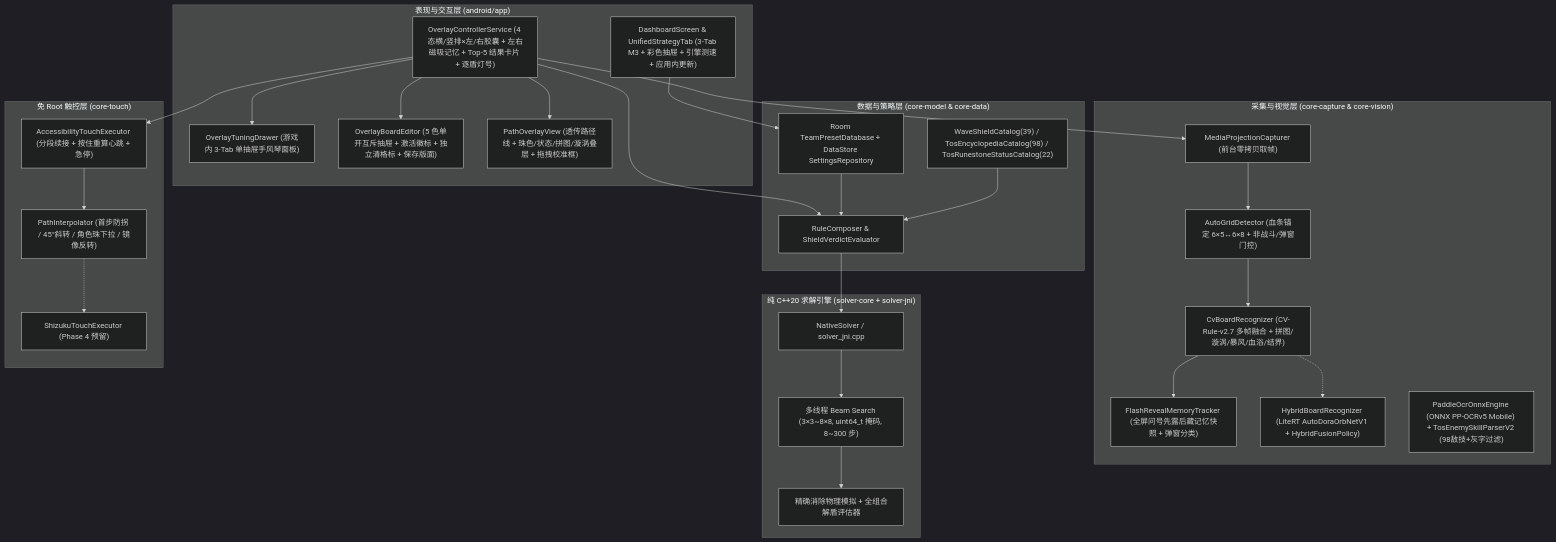
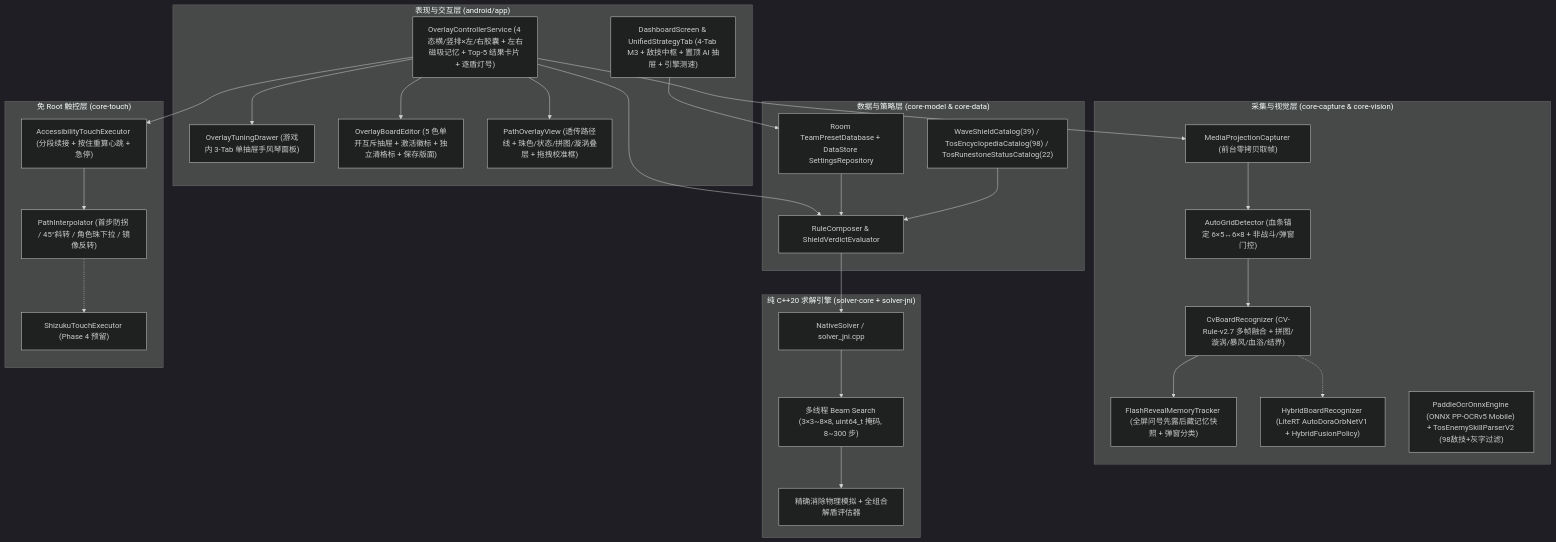
One commit to CloverKing/AutoDora-NEXT changed the third of 3 diagrams in docs/ARCHITECTURE.md. Above: the diagram before and after it, drawn with Mermaid (dark theme). The commit also changed other lines of this file and 12 other files, not shown here.

````diff
--- a/docs/ARCHITECTURE.md
+++ b/docs/ARCHITECTURE.md
@@ -172,56 +172,56 @@
 ```mermaid
 flowchart TD
     subgraph UI["表现与交互层 (android/app)"]
-        MainApp["DashboardScreen & UnifiedStrategyTab (3-Tab M3 + 彩色抽屉 + 引擎测速 + 应用内更新)"]
+        MainApp["DashboardScreen & UnifiedStrategyTab (4-Tab M3 + 敌技中枢 + 置顶 AI 抽屉 + 引擎测速)"]
         OverlayMgr["OverlayControllerService (4 态横/竖排×左/右胶囊 + 左右磁吸记忆 + Top-5 结果卡片 + 逐盾灯号)"]
         TuningDrawer["OverlayTuningDrawer (游戏内 3-Tab 单抽屉手风琴面板)"]
         BoardEdit["OverlayBoardEditor (5 色单开互斥抽屉 + 激活徽标 + 独立清格标 + 保存版面)"]
         PathView["PathOverlayView (透传路径线 + 珠色/状态/拼图/漩涡叠层 + 拖拽校准框)"]
     end
 
     subgraph Data["数据与策略层 (core-model & core-data)"]
         Composer["RuleComposer & ShieldVerdictEvaluator"]
         Catalogs["WaveShieldCatalog(39) / TosEncyclopediaCatalog(98) / TosRunestoneStatusCatalog(22)"]
         Store["Room TeamPresetDatabase + DataStore SettingsRepository"]
     end
 
     subgraph CaptureVision["采集与视觉层 (core-capture & core-vision)"]
         MediaProj["MediaProjectionCapturer (前台零拷贝取帧)"]
         GridDetect["AutoGridDetector (血条锚定 6×5↔6×8 + 非战斗/弹窗门控)"]
         CvRecog["CvBoardRecognizer (CV-Rule-v2.7 多帧融合 + 拼图/漩涡/暴风/血浴/结界)"]
         FlashMem["FlashRevealMemoryTracker (全屏问号先露后藏记忆快照 + 弹窗分类)"]
         Hybrid["HybridBoardRecognizer (LiteRT AutoDoraOrbNetV1 + HybridFusionPolicy)"]
         OcrEngine["PaddleOcrOnnxEngine (ONNX PP-OCRv5 Mobile) + TosEnemySkillParserV2 (98敌技+灰字过滤)"]
     end
 
     subgraph Solver["纯 C++20 求解引擎 (solver-core + solver-jni)"]
         JniBridge["NativeSolver / solver_jni.cpp"]
         BeamEngine["多线程 Beam Search (3×3~8×8, uint64_t 掩码, 8~300 步)"]
         SimEval["精确消除物理模拟 + 全组合解盾评估器"]
     end
 
     subgraph Touch["免 Root 触控层 (core-touch)"]
         PathSmooth["PathInterpolator (首步防拐 / 45°斜转 / 角色珠下拉 / 镜像反转)"]
         A11yExec["AccessibilityTouchExecutor (分段续接 + 按住重算心跳 + 急停)"]
         ShizukuExec["ShizukuTouchExecutor (Phase 4 预留)"]
     end
 
     MainApp --> Store
     OverlayMgr --> TuningDrawer
     OverlayMgr --> BoardEdit
     OverlayMgr --> PathView
     OverlayMgr --> Composer
     OverlayMgr --> MediaProj
     OverlayMgr --> A11yExec
     Store --> Composer
     Catalogs --> Composer
     MediaProj --> GridDetect
     GridDetect --> CvRecog
     CvRecog --> FlashMem
     CvRecog -.-> Hybrid
     Composer --> JniBridge
     JniBridge --> BeamEngine
     BeamEngine --> SimEval
     A11yExec --> PathSmooth
     PathSmooth -.-> ShizukuExec
 ```
````
